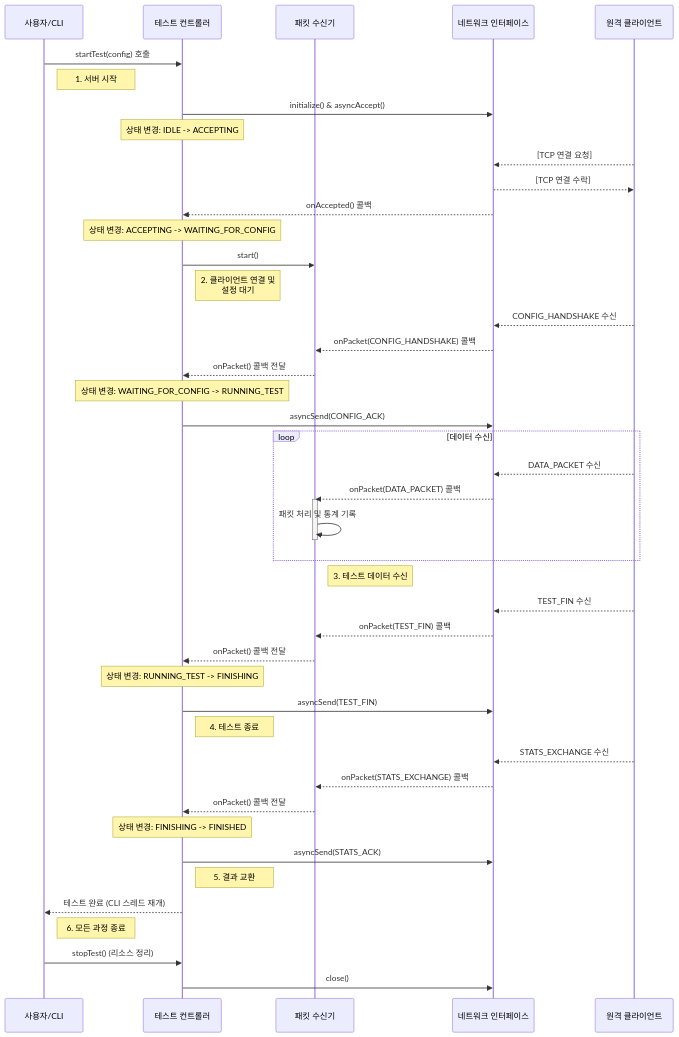
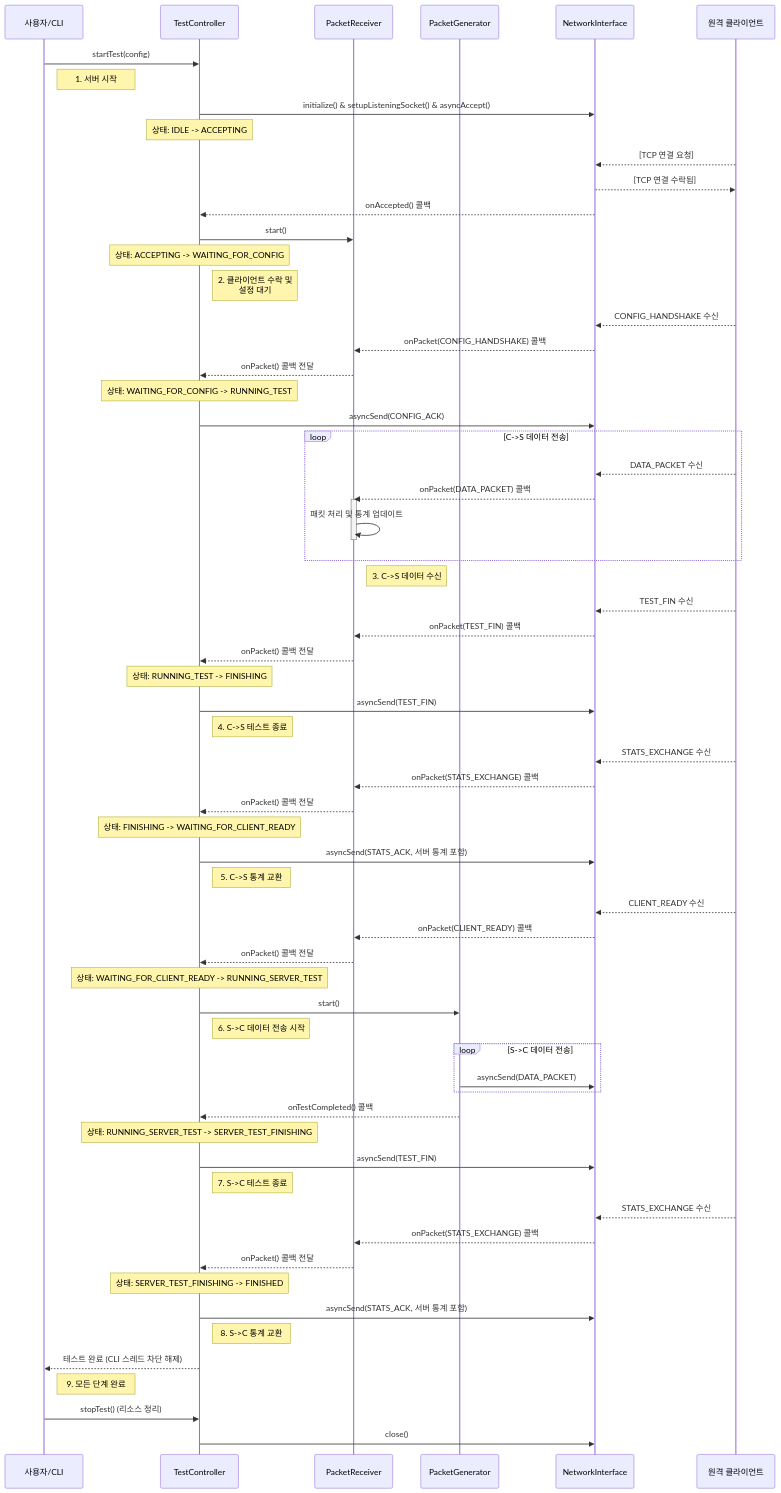
Before and after one commit to JunKIM2603a/MyIperf: the diagram in UML/ServerSequenceDiagram.md, drawn with Mermaid. The commit also changed other lines of this file and 19 other files, not shown here.

````diff
--- a/UML/ServerSequenceDiagram.md
+++ b/UML/ServerSequenceDiagram.md
@@ -7,55 +7,79 @@
 ```mermaid
 sequenceDiagram
-    participant 사용자 as 사용자/CLI
-    participant 컨트롤러 as 테스트 컨트롤러
-    participant 수신기 as 패킷 수신기
-    participant 네트워크 as 네트워크 인터페이스
-    participant 클라이언트 as 원격 클라이언트
+    participant User as 사용자/CLI
+    participant Controller as TestController
+    participant Receiver as PacketReceiver
+    participant Generator as PacketGenerator
+    participant Network as NetworkInterface
+    participant Client as 원격 클라이언트
 
-    사용자->>컨트롤러: startTest(config) 호출
-    note right of 사용자: 1. 서버 시작
+    User->>Controller: startTest(config)
+    note right of User: 1. 서버 시작
 
-    컨트롤러->>네트워크: initialize() & asyncAccept()
-    note over 컨트롤러: 상태 변경: IDLE -> ACCEPTING
+    Controller->>Network: initialize() & setupListeningSocket() & asyncAccept()
+    note over Controller: 상태: IDLE -> ACCEPTING
 
-    클라이언트-->>네트워크: [TCP 연결 요청]
-    네트워크-->>클라이언트: [TCP 연결 수락]
-    네트워크-->>컨트롤러: onAccepted() 콜백
-    note over 컨트롤러: 상태 변경: ACCEPTING -> WAITING_FOR_CONFIG
-    컨트롤러->>수신기: start()
-    note right of 컨트롤러: 2. 클라이언트 연결 및<br>설정 대기
+    Client-->>Network: [TCP 연결 요청]
+    Network-->>Client: [TCP 연결 수락됨]
+    Network-->>Controller: onAccepted() 콜백
+    Controller->>Receiver: start()
+    note over Controller: 상태: ACCEPTING -> WAITING_FOR_CONFIG
+    note right of Controller: 2. 클라이언트 수락 및<br>설정 대기
 
-    클라이언트-->>네트워크: CONFIG_HANDSHAKE 수신
-    네트워크-->>수신기: onPacket(CONFIG_HANDSHAKE) 콜백
-    수신기-->>컨트롤러: onPacket() 콜백 전달
-    note over 컨트롤러: 상태 변경: WAITING_FOR_CONFIG -> RUNNING_TEST
-    컨트롤러->>네트워크: asyncSend(CONFIG_ACK)
+    Client-->>Network: CONFIG_HANDSHAKE 수신
+    Network-->>Receiver: onPacket(CONFIG_HANDSHAKE) 콜백
+    Receiver-->>Controller: onPacket() 콜백 전달
+    note over Controller: 상태: WAITING_FOR_CONFIG -> RUNNING_TEST
+    Controller->>Network: asyncSend(CONFIG_ACK)
 
-    loop 데이터 수신
-        클라이언트-->>네트워크: DATA_PACKET 수신
-        네트워크-->>수신기: onPacket(DATA_PACKET) 콜백
-        activate 수신기
-        수신기->>수신기: 패킷 처리 및 통계 기록
-        deactivate 수신기
+    loop C->S 데이터 전송
+        Client-->>Network: DATA_PACKET 수신
+        Network-->>Receiver: onPacket(DATA_PACKET) 콜백
+        activate Receiver
+        Receiver->>Receiver: 패킷 처리 및 통계 업데이트
+        deactivate Receiver
     end
-    note right of 수신기: 3. 테스트 데이터 수신
+    note right of Receiver: 3. C->S 데이터 수신
 
-    클라이언트-->>네트워크: TEST_FIN 수신
-    네트워크-->>수신기: onPacket(TEST_FIN) 콜백
-    수신기-->>컨트롤러: onPacket() 콜백 전달
-    note over 컨트롤러: 상태 변경: RUNNING_TEST -> FINISHING
-    컨트롤러->>네트워크: asyncSend(TEST_FIN)
-    note right of 컨트롤러: 4. 테스트 종료
+    Client-->>Network: TEST_FIN 수신
+    Network-->>Receiver: onPacket(TEST_FIN) 콜백
+    Receiver-->>Controller: onPacket() 콜백 전달
+    note over Controller: 상태: RUNNING_TEST -> FINISHING
+    Controller->>Network: asyncSend(TEST_FIN)
+    note right of Controller: 4. C->S 테스트 종료
 
-    클라이언트-->>네트워크: STATS_EXCHANGE 수신
-    네트워크-->>수신기: onPacket(STATS_EXCHANGE) 콜백
-    수신기-->>컨트롤러: onPacket() 콜백 전달
-    note over 컨트롤러: 상태 변경: FINISHING -> FINISHED
-    컨트롤러->>네트워크: asyncSend(STATS_ACK)
-    note right of 컨트롤러: 5. 결과 교환
+    Client-->>Network: STATS_EXCHANGE 수신
+    Network-->>Receiver: onPacket(STATS_EXCHANGE) 콜백
+    Receiver-->>Controller: onPacket() 콜백 전달
+    note over Controller: 상태: FINISHING -> WAITING_FOR_CLIENT_READY
+    Controller->>Network: asyncSend(STATS_ACK, 서버 통계 포함)
+    note right of Controller: 5. C->S 통계 교환
 
-    컨트롤러-->>사용자: 테스트 완료 (CLI 스레드 재개)
-    note right of 사용자: 6. 모든 과정 종료
-    사용자->>컨트롤러: stopTest() (리소스 정리)
-    컨트롤러->>네트워크: close()
+    Client-->>Network: CLIENT_READY 수신
+    Network-->>Receiver: onPacket(CLIENT_READY) 콜백
+    Receiver-->>Controller: onPacket() 콜백 전달
+    note over Controller: 상태: WAITING_FOR_CLIENT_READY -> RUNNING_SERVER_TEST
+    Controller->>Generator: start()
+    note right of Controller: 6. S->C 데이터 전송 시작
+
+    loop S->C 데이터 전송
+        Generator->>Network: asyncSend(DATA_PACKET)
+    end
+
+    Generator-->>Controller: onTestCompleted() 콜백
+    note over Controller: 상태: RUNNING_SERVER_TEST -> SERVER_TEST_FINISHING
+    Controller->>Network: asyncSend(TEST_FIN)
+    note right of Controller: 7. S->C 테스트 종료
+
+    Client-->>Network: STATS_EXCHANGE 수신
+    Network-->>Receiver: onPacket(STATS_EXCHANGE) 콜백
+    Receiver-->>Controller: onPacket() 콜백 전달
+    note over Controller: 상태: SERVER_TEST_FINISHING -> FINISHED
+    Controller->>Network: asyncSend(STATS_ACK, 서버 통계 포함)
+    note right of Controller: 8. S->C 통계 교환
+
+    Controller-->>User: 테스트 완료 (CLI 스레드 차단 해제)
+    note right of User: 9. 모든 단계 완료
+    User->>Controller: stopTest() (리소스 정리)
+    Controller->>Network: close()
 ```
````
